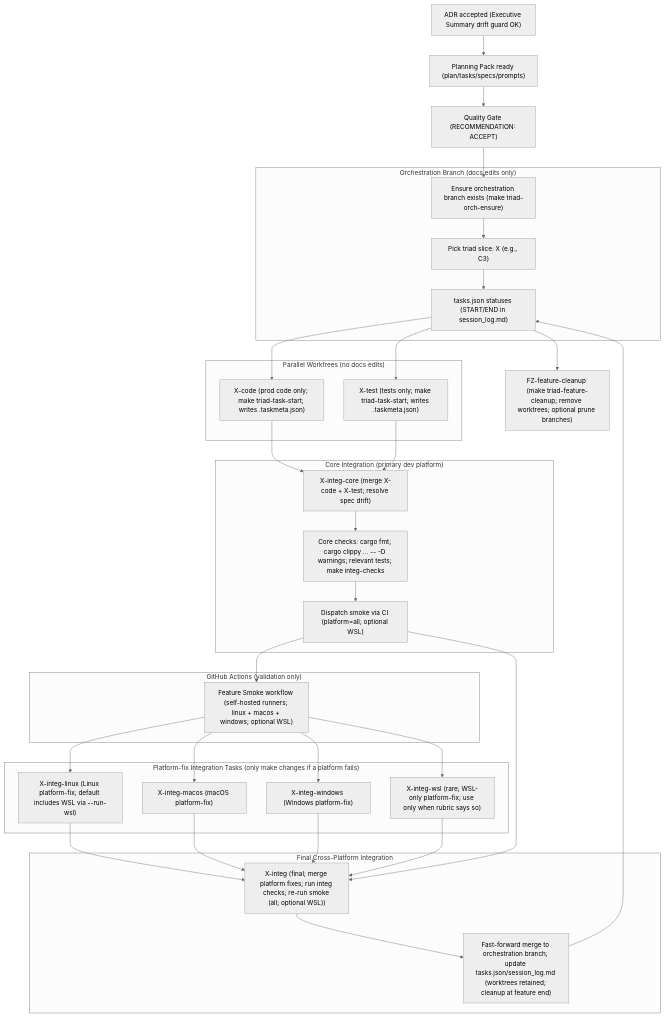
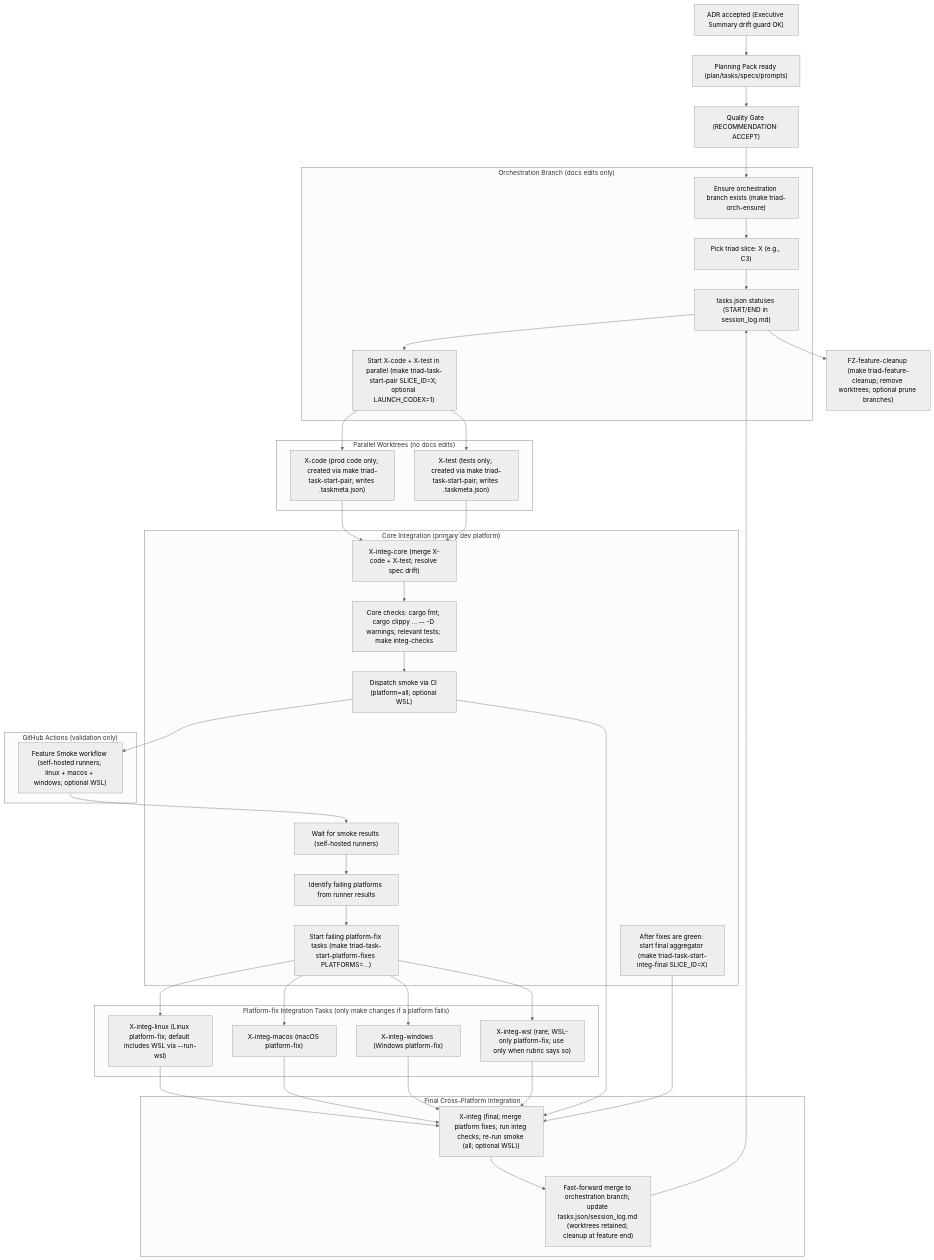
Before and after one commit to atomize-hq/substrate: the second of 3 diagrams in docs/project_management/standards/TRIAD_WORKFLOW_CROSS_PLATFORM_INTEG.md, drawn with Mermaid (neutral theme). The commit also changed other lines of this file and 18 other files, not shown here.

````diff
--- a/docs/project_management/standards/TRIAD_WORKFLOW_CROSS_PLATFORM_INTEG.md
+++ b/docs/project_management/standards/TRIAD_WORKFLOW_CROSS_PLATFORM_INTEG.md
@@ -103,73 +110,79 @@
 ```mermaid
 flowchart TD
   %% ======== Inputs / gating ========
   ADR["ADR accepted (Executive Summary drift guard OK)"]
   PACK["Planning Pack ready (plan/tasks/specs/prompts)"]
   GATE["Quality Gate (RECOMMENDATION: ACCEPT)"]
 
   ADR --> PACK --> GATE
 
   %% ======== Triad execution ========
   subgraph ORCH["Orchestration Branch (docs edits only)"]
     ORCH_ENSURE["Ensure orchestration branch exists (make triad-orch-ensure)"]
     START["Pick triad slice: X (e.g., C3)"]
     TASKS["tasks.json statuses (START/END in session_log.md)"]
+    START_PAIR["Start X-code + X-test in parallel (make triad-task-start-pair SLICE_ID=X; optional LAUNCH_CODEX=1)"]
   end
 
-  GATE --> ORCH_ENSURE --> START --> TASKS
+  GATE --> ORCH_ENSURE --> START --> TASKS --> START_PAIR
 
   subgraph WT["Parallel Worktrees (no docs edits)"]
-    CODE["X-code (prod code only; make triad-task-start; writes .taskmeta.json)"]
-    TEST["X-test (tests only; make triad-task-start; writes .taskmeta.json)"]
+    CODE["X-code (prod code only; created via make triad-task-start-pair; writes .taskmeta.json)"]
+    TEST["X-test (tests only; created via make triad-task-start-pair; writes .taskmeta.json)"]
   end
 
-  TASKS --> CODE
-  TASKS --> TEST
+  START_PAIR --> CODE
+  START_PAIR --> TEST
 
   subgraph INTEG_CORE["Core Integration (primary dev platform)"]
     CORE["X-integ-core (merge X-code + X-test; resolve spec drift)"]
     CORE_CHECKS["Core checks: cargo fmt; cargo clippy ... -- -D warnings; relevant tests; make integ-checks"]
     CORE_DISPATCH["Dispatch smoke via CI (platform=all; optional WSL)"]
+    CORE_RESULTS["Wait for smoke results (self-hosted runners)"]
+    CORE_IDENTIFY["Identify failing platforms from runner results"]
+    CORE_START_PF["Start failing platform-fix tasks (make triad-task-start-platform-fixes PLATFORMS=...)"]
+    CORE_START_FINAL["After fixes are green: start final aggregator (make triad-task-start-integ-final SLICE_ID=X)"]
   end
 
   CODE --> CORE
   TEST --> CORE
   CORE --> CORE_CHECKS --> CORE_DISPATCH
 
   %% ======== Smoke validation (CI) ========
   subgraph CI["GitHub Actions (validation only)"]
     SMOKE["Feature Smoke workflow (self-hosted runners; linux + macos + windows; optional WSL)"]
   end
 
-  CORE_DISPATCH --> SMOKE
+  CORE_DISPATCH --> SMOKE --> CORE_RESULTS --> CORE_IDENTIFY --> CORE_START_PF
 
   %% ======== Platform-fix tasks (parallel, only if needed) ========
   subgraph PF["Platform-fix Integration Tasks (only make changes if a platform fails)"]
     LNX["X-integ-linux (Linux platform-fix; default includes WSL via --run-wsl)"]
     MAC["X-integ-macos (macOS platform-fix)"]
     WIN["X-integ-windows (Windows platform-fix)"]
     WSL["X-integ-wsl (rare; WSL-only platform-fix; use only when rubric says so)"]
   end
 
-  SMOKE --> LNX
-  SMOKE --> MAC
-  SMOKE --> WIN
-  SMOKE --> WSL
+  CORE_START_PF --> LNX
+  CORE_START_PF --> MAC
+  CORE_START_PF --> WIN
+  CORE_START_PF --> WSL
 
   %% ======== Final aggregator ========
   subgraph INTEG_FINAL["Final Cross-Platform Integration"]
     FINAL["X-integ (final; merge platform fixes; run integ checks; re-run smoke (all; optional WSL))"]
     MERGE_BACK["Fast-forward merge to orchestration branch; update tasks.json/session_log.md (worktrees retained; cleanup at feature end)"]
   end
 
   LNX --> FINAL
   MAC --> FINAL
   WIN --> FINAL
   WSL --> FINAL
   CORE_DISPATCH --> FINAL
+  CORE_START_FINAL --> FINAL
   FINAL --> MERGE_BACK --> TASKS
 
   %% ======== Feature end cleanup ========
   CLEANUP["FZ-feature-cleanup (make triad-feature-cleanup; remove worktrees; optional prune branches)"]
   TASKS --> CLEANUP
 ```
````
